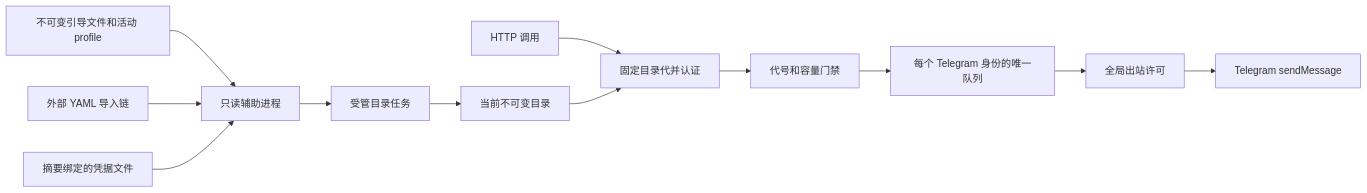
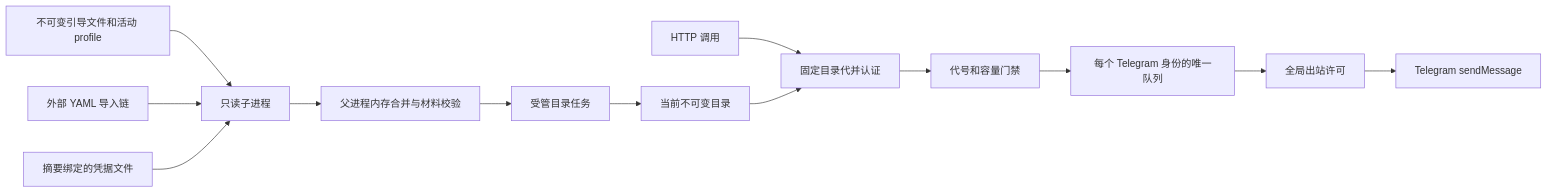
The diagram in docs/architecture.md (nasa-runtime/telegram-bots), drawn with Mermaid before and after one commit. The commit also changed other lines of this file and 37 other files, not shown here.

````diff
--- a/docs/architecture.md
+++ b/docs/architecture.md
@@ -5,14 +11,15 @@
 ```mermaid
 flowchart LR
-    Bootstrap[不可变引导文件和活动 profile] --> Loader[只读辅助进程]
+    Bootstrap[不可变引导文件和活动 profile] --> Loader[只读子进程]
     YAML[外部 YAML 导入链] --> Loader
     Secrets[摘要绑定的凭据文件] --> Loader
-    Loader --> Manager[受管目录任务]
+    Loader --> Merge[父进程内存合并与材料校验]
+    Merge --> Manager[受管目录任务]
     Manager --> Catalog[当前不可变目录]
     HTTP[HTTP 调用] --> Auth[固定目录代并认证]
     Catalog --> Auth
     Auth --> Gate[代号和容量门禁]
     Gate --> Queue[每个 Telegram 身份的唯一队列]
     Queue --> Budget[全局出站许可]
     Budget --> Telegram[Telegram sendMessage]
 ```
````
